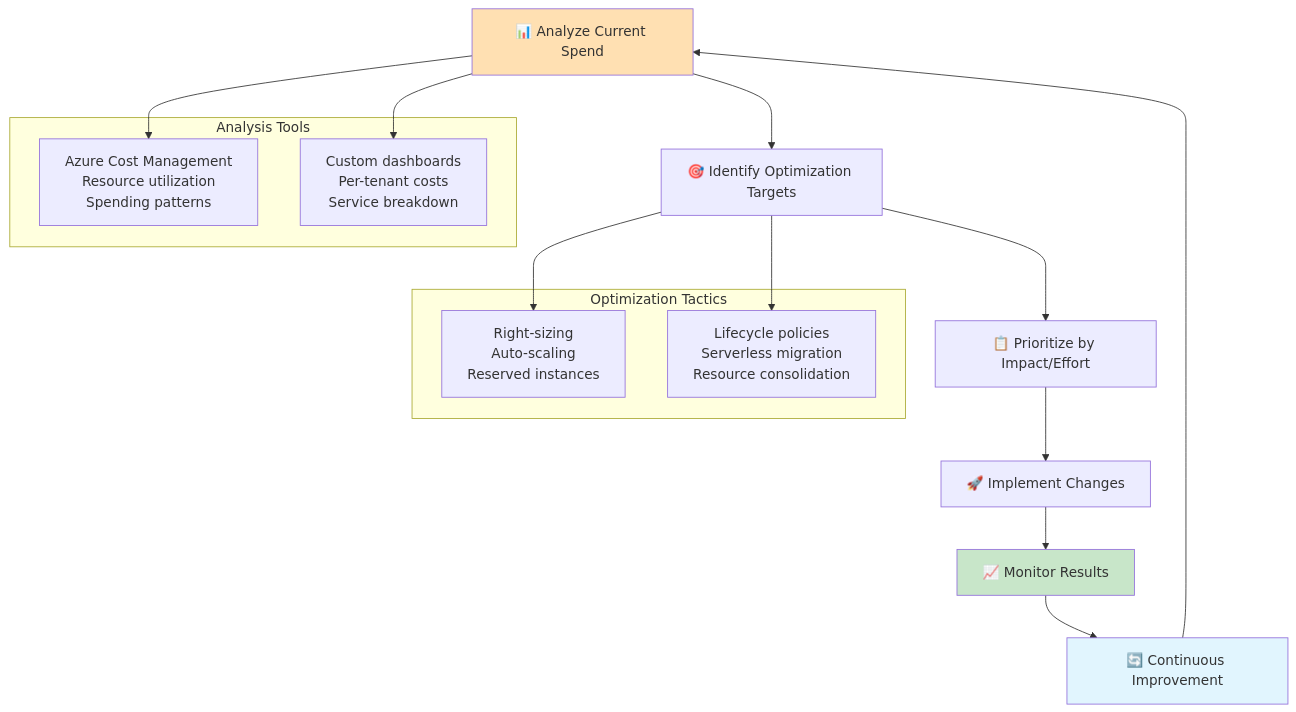
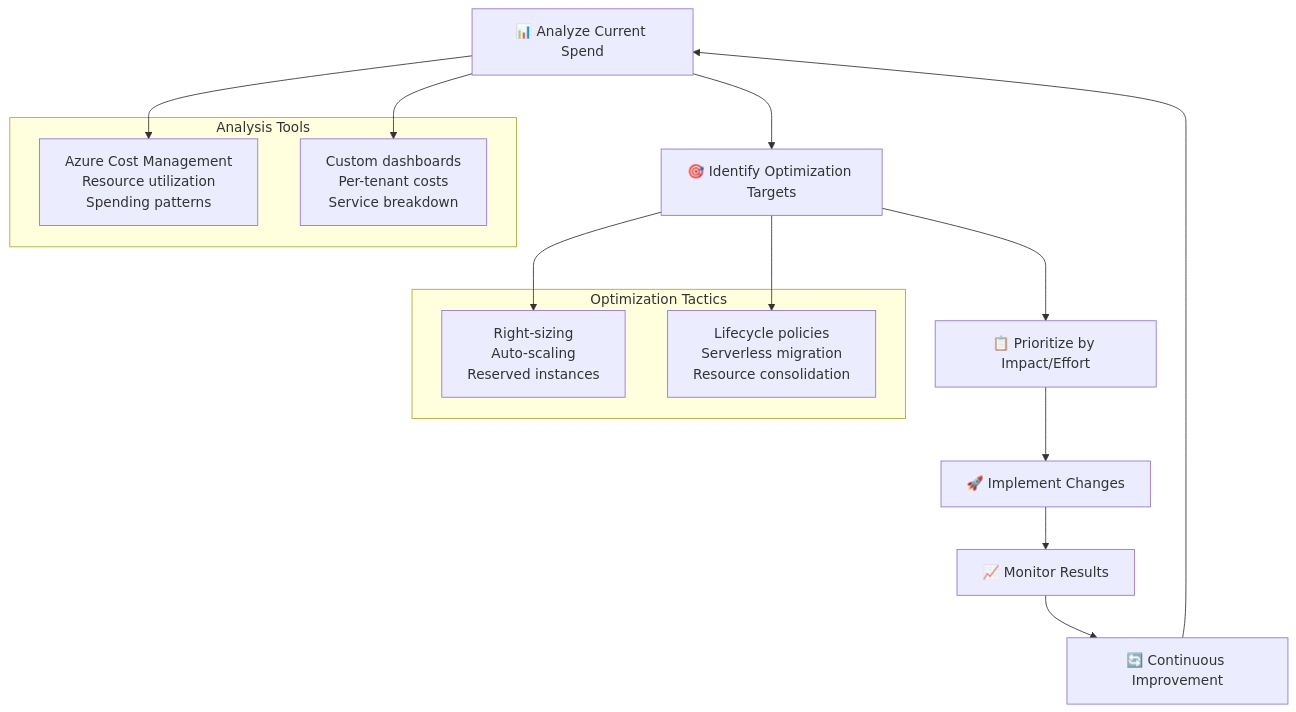
Before and after one commit to srnichols/StampsPattern: the fourth of 9 diagrams in docs/COST_OPTIMIZATION_GUIDE.md, drawn with Mermaid. The commit also changed other lines of this file and 10 other files, not shown here.

Commit message:
docs: add Mermaid theme sample with per-diagram init (neutral/dark)

````diff
--- a/docs/COST_OPTIMIZATION_GUIDE.md
+++ b/docs/COST_OPTIMIZATION_GUIDE.md
@@ -287,28 +278,26 @@
 ```mermaid
 graph TD
     A[📊 Analyze Current Spend] --> B[🎯 Identify Optimization Targets]
     B --> C[📋 Prioritize by Impact/Effort]
     C --> D[🚀 Implement Changes]
     D --> E[📈 Monitor Results]
     E --> F[🔄 Continuous Improvement]
     F --> A
     
     subgraph "Analysis Tools"
         A1[Azure Cost Management<br/>Resource utilization<br/>Spending patterns]
         A2[Custom dashboards<br/>Per-tenant costs<br/>Service breakdown]
     end
     
     subgraph "Optimization Tactics"
         B1[Right-sizing<br/>Auto-scaling<br/>Reserved instances]
         B2[Lifecycle policies<br/>Serverless migration<br/>Resource consolidation]
     end
     
     A --> A1
     A --> A2
     B --> B1
     B --> B2
     
-    style A fill:#FFE0B2
-    style E fill:#C8E6C9
-    style F fill:#E1F5FE
+    
 ```
````
